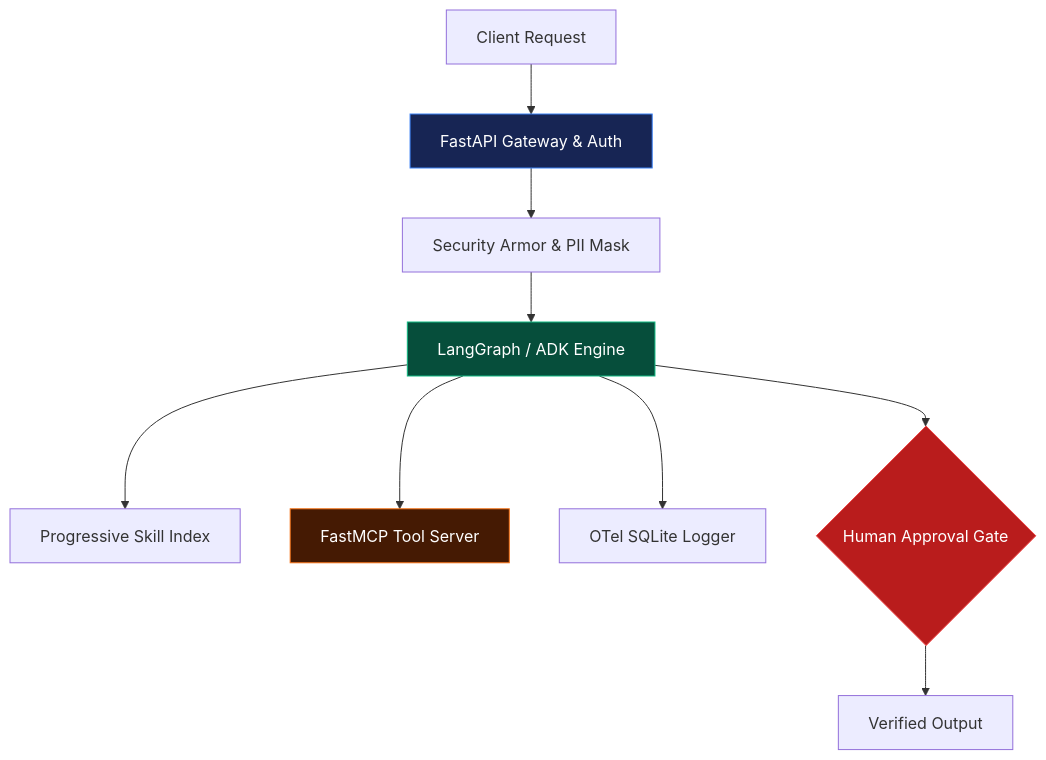
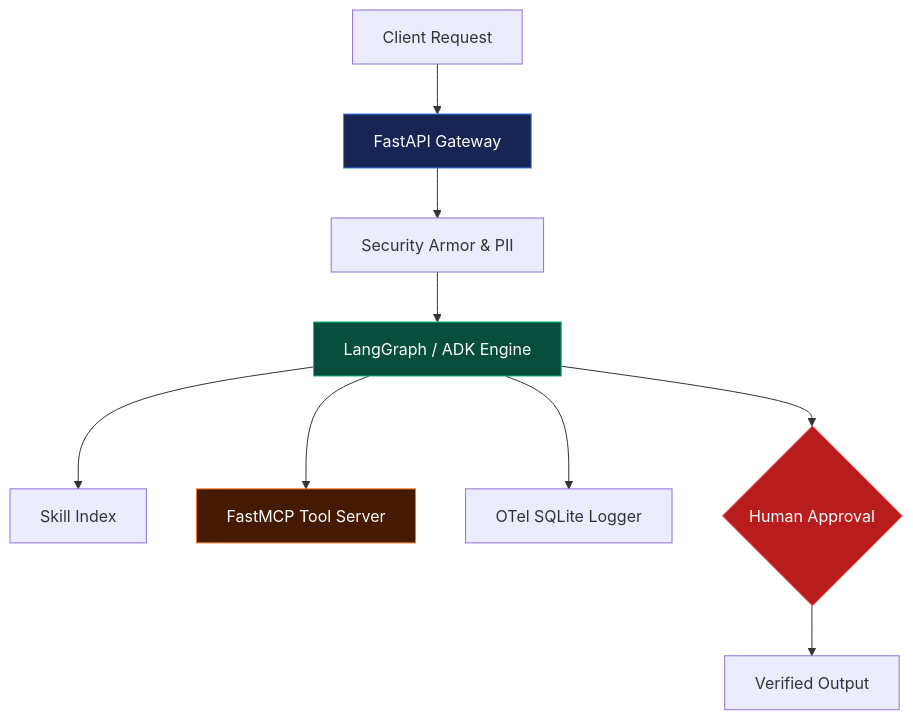
Before and after one commit to tvseshagiri/kaameekru: the second of 2 diagrams in tech/agentic-ai/slides/_13-governance-capstone.qmd, drawn with Mermaid. The commit also changed other lines of this file and 4 other files, not shown here.

````diff
--- a/tech/agentic-ai/slides/_13-governance-capstone.qmd
+++ b/tech/agentic-ai/slides/_13-governance-capstone.qmd
@@ -133,15 +233,15 @@
 ```{mermaid}
 graph TD
-    Client[Client Request] --> Gate[FastAPI Gateway & Auth]
-    Gate --> Guard[Security Armor & PII Mask]
+    Client[Client Request] --> Gate[FastAPI Gateway]
+    Gate --> Guard[Security Armor & PII]
     Guard --> Graph[LangGraph / ADK Engine]
-    Graph --> Skill[Progressive Skill Index]
+    Graph --> Skill[Skill Index]
     Graph --> MCP[FastMCP Tool Server]
     Graph --> Trace[OTel SQLite Logger]
-    Graph --> Human{Human Approval Gate}
+    Graph --> Human{Human Approval}
     Human --> Res[Verified Output]
     style Gate fill:#172554,stroke:#3b82f6,color:#fff
     style Graph fill:#064e3b,stroke:#10b981,color:#fff
     style MCP fill:#451a03,stroke:#f97316,color:#fff
     style Human fill:#b91c1c,stroke:#ef4444,color:#fff
 ```
````
